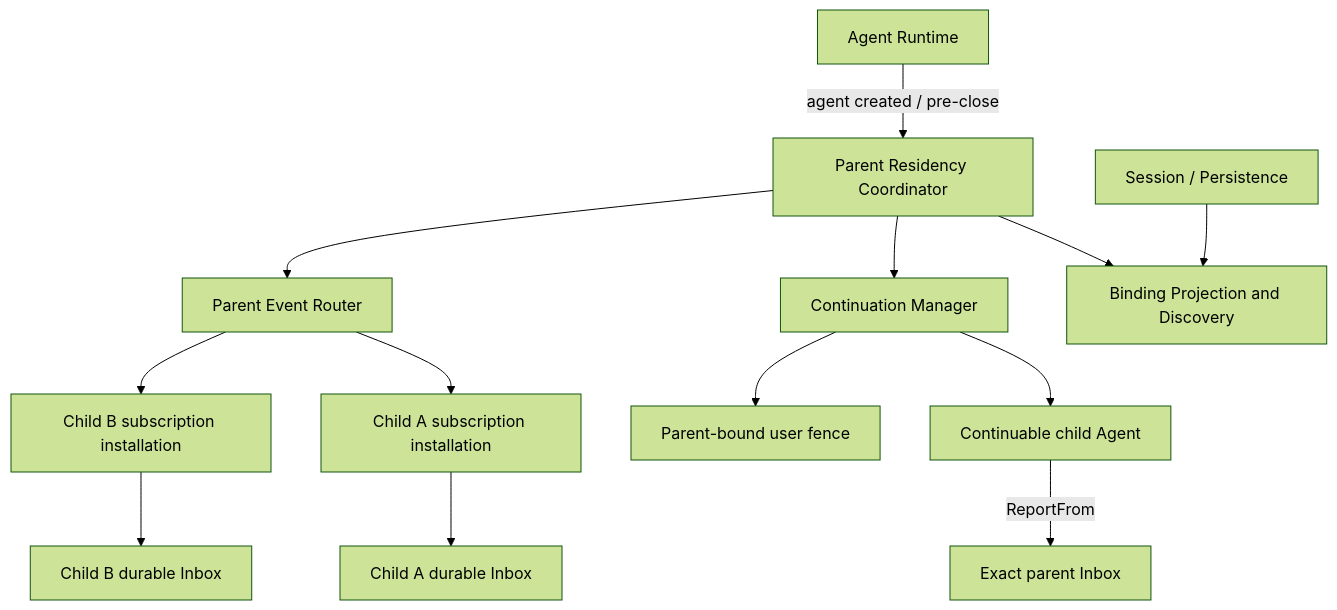
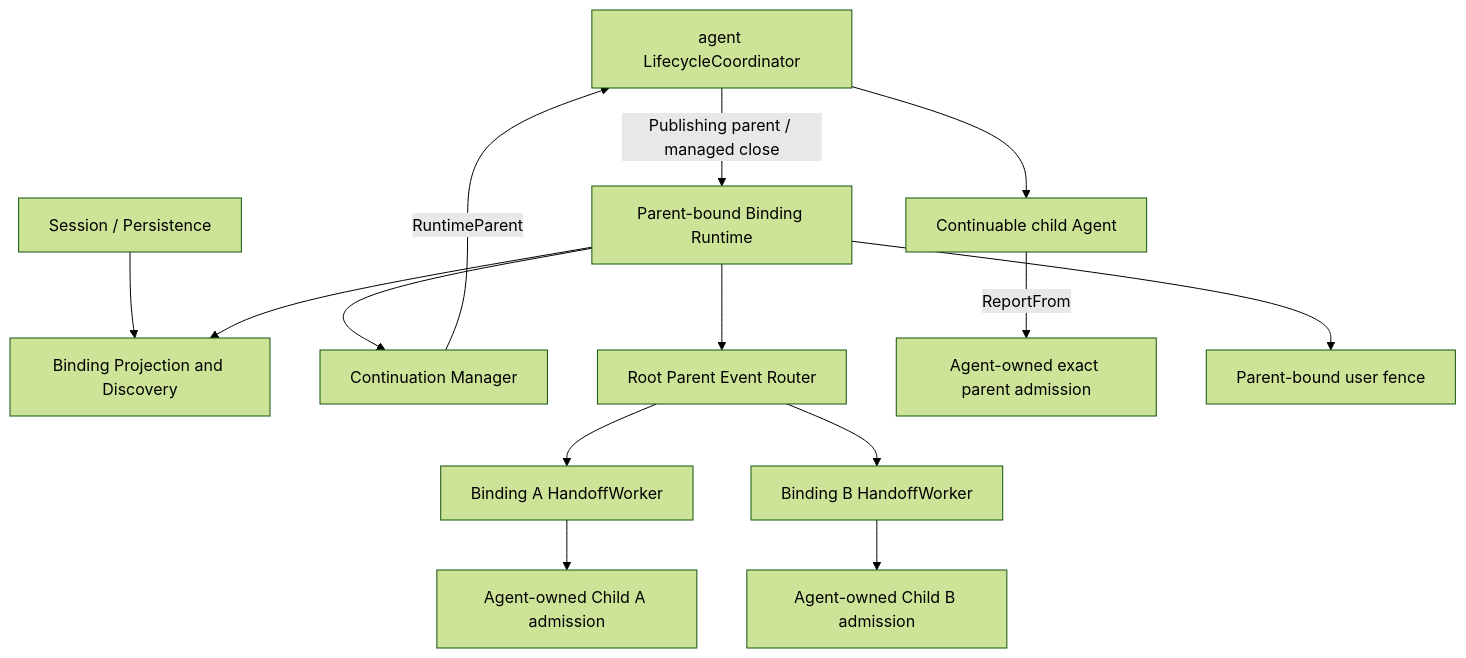
The first of 5 diagrams in subagent/docs/parent-bound-design.zh-CN.md (gorenx/goren), drawn with Mermaid (forest theme) before and after one commit. The commit also changed other lines of this file and 14 other files, not shown here.

Commit message:
docs(agent): finalize lifecycle refactor design

````diff
--- a/subagent/docs/parent-bound-design.zh-CN.md
+++ b/subagent/docs/parent-bound-design.zh-CN.md
@@ -157,15 +161,16 @@
 ```mermaid
 flowchart TD
-    AgentRuntime[Agent Runtime] -->|agent created / pre-close| Coordinator[Parent Residency Coordinator]
+    Lifecycle[agent LifecycleCoordinator] -->|Publishing parent / managed close| BindingRuntime[Parent-bound Binding Runtime]
     Session[Session / Persistence] --> BindingIndex[Binding Projection and Discovery]
-    Coordinator --> BindingIndex
-    Coordinator --> Continuation[Continuation Manager]
-    Continuation --> ChildAgent[Continuable child Agent]
-    Coordinator --> Router[Parent Event Router]
-    Router --> SubA[Child A subscription installation]
-    Router --> SubB[Child B subscription installation]
-    SubA --> InboxA[Child A durable Inbox]
-    SubB --> InboxB[Child B durable Inbox]
-    ChildAgent -->|ReportFrom| ParentInbox[Exact parent Inbox]
-    Continuation --> Fence[Parent-bound user fence]
+    BindingRuntime --> BindingIndex
+    BindingRuntime --> Continuation[Continuation Manager]
+    BindingRuntime --> Router[Root Parent Event Router]
+    Router --> WorkerA[Binding A HandoffWorker]
+    Router --> WorkerB[Binding B HandoffWorker]
+    WorkerA --> AdmissionA[Agent-owned Child A admission]
+    WorkerB --> AdmissionB[Agent-owned Child B admission]
+    Continuation -->|RuntimeParent| Lifecycle
+    Lifecycle --> ChildAgent[Continuable child Agent]
+    ChildAgent -->|ReportFrom| ParentAdmission[Agent-owned exact parent admission]
+    BindingRuntime --> Fence[Parent-bound user fence]
 ```
````
